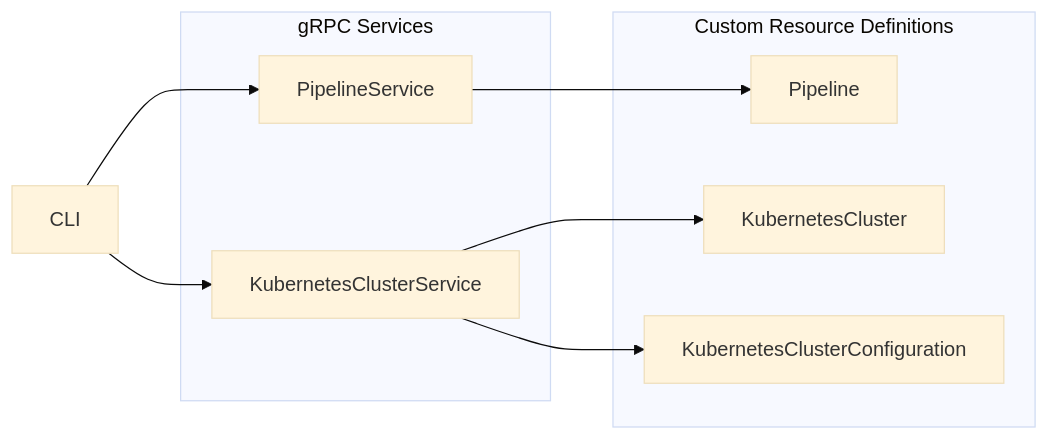
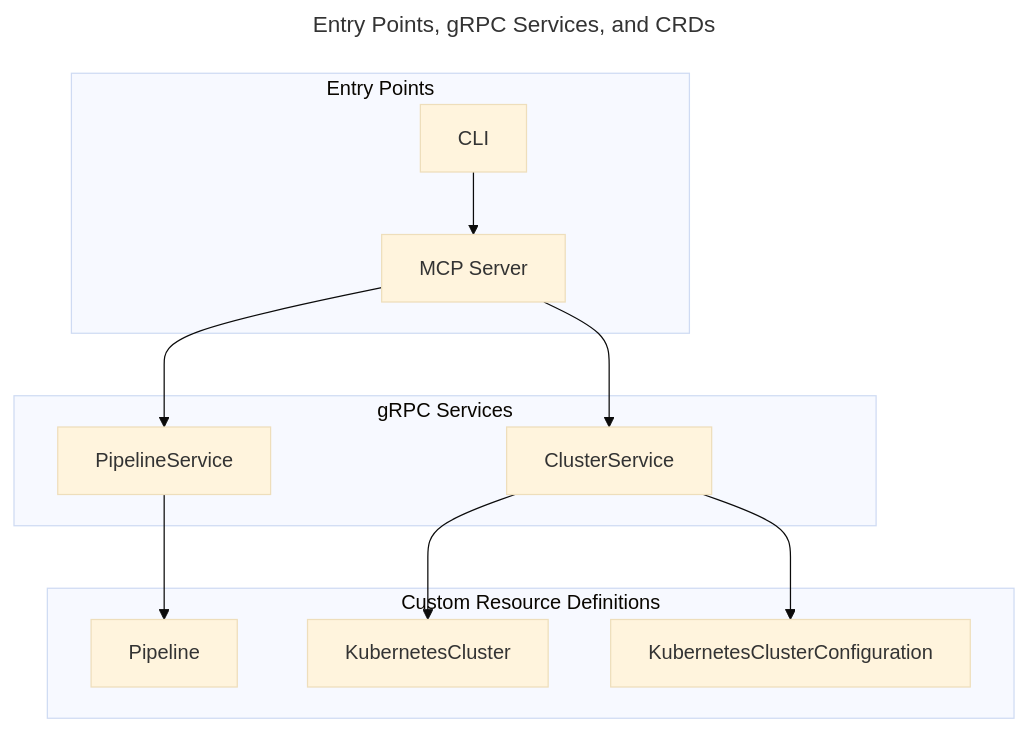
The first of 2 diagrams in docs/design.md (nokamoto/kaas-operator-prototype), drawn with Mermaid (base theme) before and after one commit. The commit also changed other lines of this file and 10 other files, not shown here.

Commit message:
feat: implement MCP server with cluster management tool (#15)

````diff
--- a/docs/design.md
+++ b/docs/design.md
@@ -17,18 +13,25 @@
 ```mermaid
-flowchart LR
-  cli[CLI]
+---
+title: Entry Points, gRPC Services, and CRDs
+---
+flowchart TD
+  subgraph EntryPoints["Entry Points"]
+    cli[CLI]
+    mcp[MCP Server]
+  end
+  cli --> mcp
+  mcp --> pipelineservice
+  mcp --> k8sclusterservice
   subgraph gRPC_Services["gRPC Services"]
     pipelineservice[PipelineService]
-    k8sclusterservice[KubernetesClusterService]
+    k8sclusterservice[ClusterService]
   end
   subgraph CRDs["Custom Resource Definitions"]
     p[Pipeline]
     kc[KubernetesCluster]
     kccfg[KubernetesClusterConfiguration]
   end
-  cli --> pipelineservice
-  cli --> k8sclusterservice
   pipelineservice --> p
   k8sclusterservice --> kc
   k8sclusterservice --> kccfg
 ```
````
